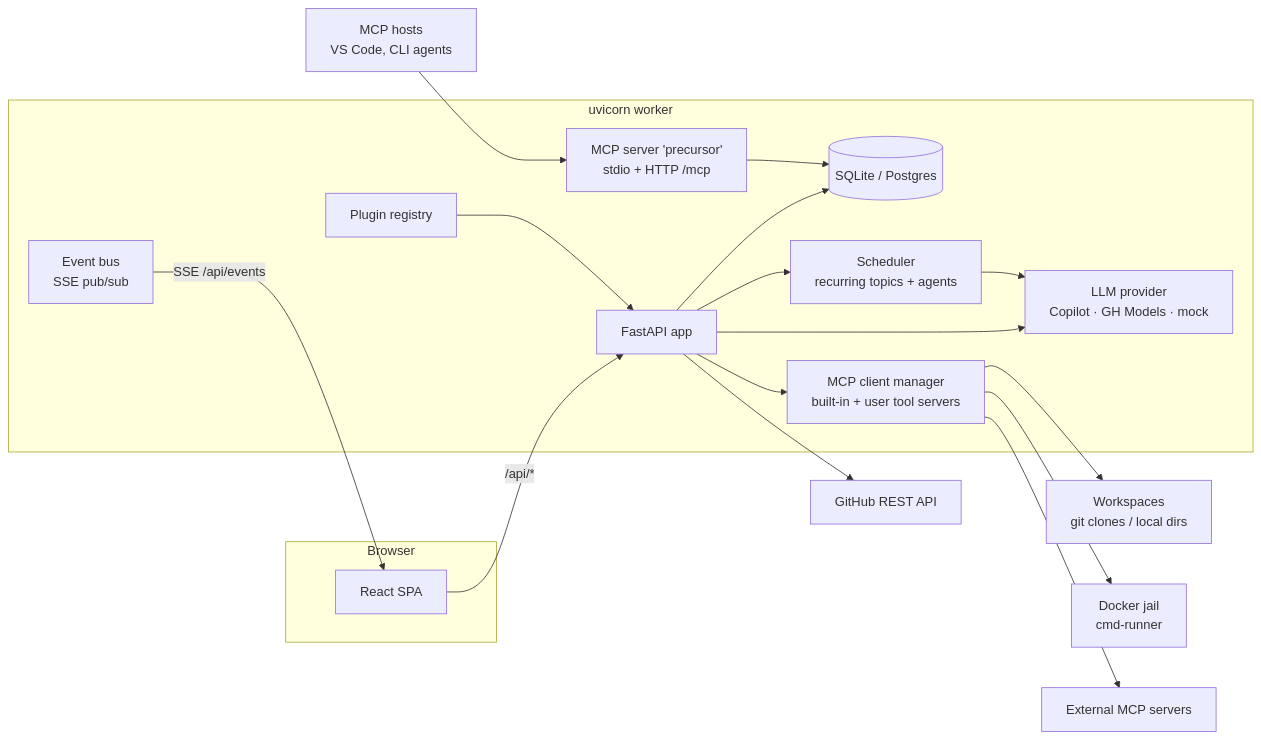
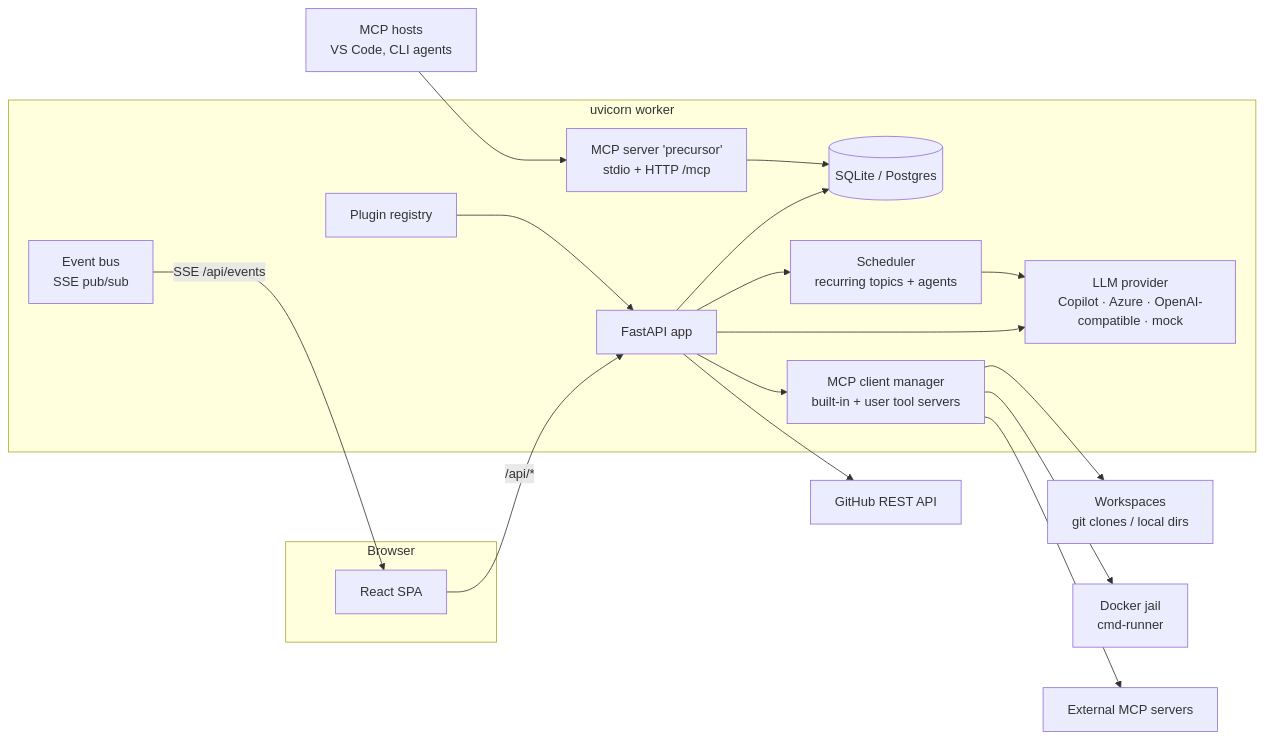
One commit to lrivallain/precursor changed the diagram in website/reference/architecture.md. Above: the diagram before and after it, drawn with Mermaid. The commit also changed other lines of this file and 64 other files, not shown here.

````diff
--- a/website/reference/architecture.md
+++ b/website/reference/architecture.md
@@ -12,35 +13,35 @@
 ```mermaid
 flowchart LR
     subgraph Browser
       SPA[React SPA]
     end
 
     subgraph Process ["uvicorn worker"]
       FAPI[FastAPI app]
       DB[(SQLite / Postgres)]
-      LLM["LLM provider<br/>Copilot · GH Models · mock"]
+      LLM["LLM provider<br/>Copilot · Azure · OpenAI-compatible · mock"]
       SCHED["Scheduler<br/>recurring topics + agents"]
       BUS["Event bus<br/>SSE pub/sub"]
       MCPS["MCP server 'precursor'<br/>stdio + HTTP /mcp"]
       MCPC["MCP client manager<br/>built-in + user tool servers"]
       PLG[Plugin registry]
     end
 
     GH[GitHub REST API]
     WS["Workspaces<br/>git clones / local dirs"]
     JAIL["Docker jail<br/>cmd-runner"]
     EXT_MCP[External MCP servers]
     HOST["MCP hosts<br/>VS Code, CLI agents"]
 
     SPA -->|"/api/*"| FAPI
     BUS -->|"SSE /api/events"| SPA
     FAPI --> DB
     FAPI --> LLM
     FAPI --> GH
     FAPI --> SCHED --> LLM
     FAPI --> MCPC --> EXT_MCP
     MCPC --> JAIL
     MCPC --> WS
     HOST --> MCPS --> DB
     PLG --> FAPI
 ```
````
